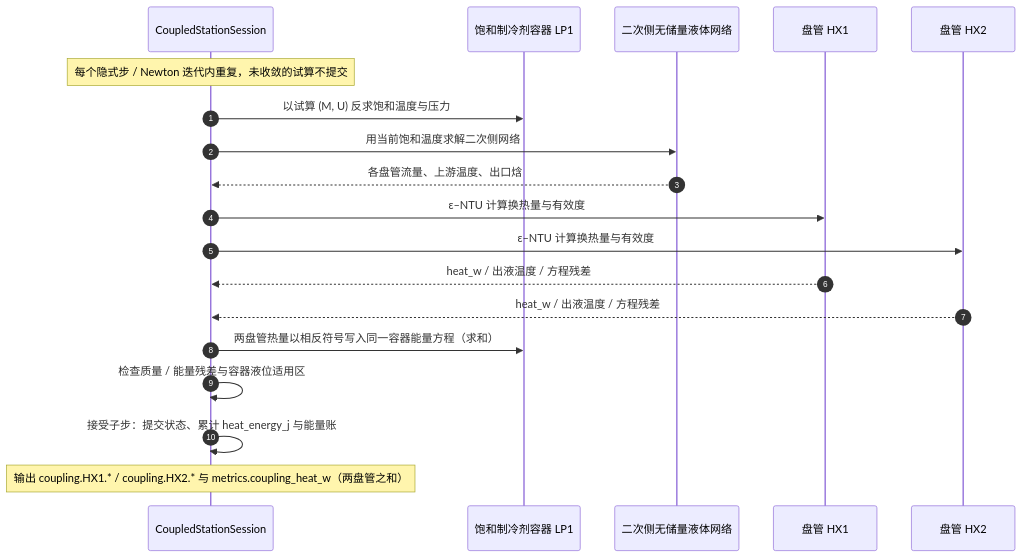
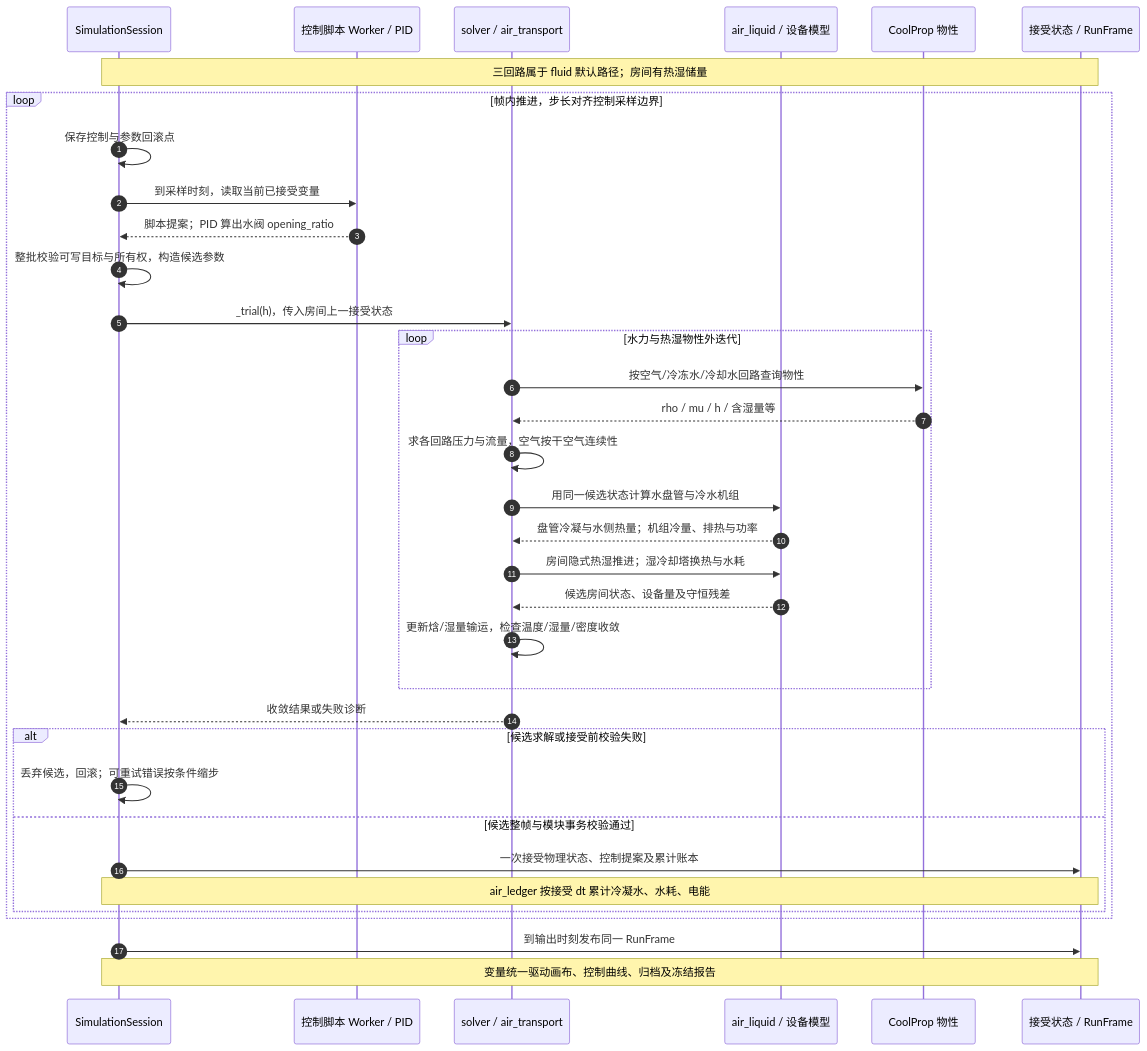
Before and after one commit to kongbaifan/fluidnet: the fifth of 8 diagrams in fluidnet-prototype-engine/docs/ARCHITECTURE_AND_SEQUENCE.md, drawn with Mermaid. The commit also changed other lines of this file and 29 other files, not shown here.

First line of the commit message:
文档：按当前源码重绘架构图与核心时序图

````diff
--- a/fluidnet-prototype-engine/docs/ARCHITECTURE_AND_SEQUENCE.md
+++ b/fluidnet-prototype-engine/docs/ARCHITECTURE_AND_SEQUENCE.md
@@ -187,22 +224,37 @@
 ```mermaid
 sequenceDiagram
   autonumber
-  participant S as CoupledStationSession
-  participant V as 饱和制冷剂容器 LP1
-  participant L as 二次侧无储量液体网络
-  participant C1 as 盘管 HX1
-  participant C2 as 盘管 HX2
-
-  Note over S: 每个隐式步 / Newton 迭代内重复，未收敛的试算不提交
-  S->>V: 以试算 (M, U) 反求饱和温度与压力
-  S->>L: 用当前饱和温度求解二次侧网络
-  L-->>S: 各盘管流量、上游温度、出口焓
-  S->>C1: ε–NTU 计算换热量与有效度
-  S->>C2: ε–NTU 计算换热量与有效度
-  C1-->>S: heat_w / 出液温度 / 方程残差
-  C2-->>S: heat_w / 出液温度 / 方程残差
-  S->>V: 两盘管热量以相反符号写入同一容器能量方程（求和）
-  S->>S: 检查质量 / 能量残差与容器液位适用区
-  S->>S: 接受子步：提交状态、累计 heat_energy_j 与能量账
-  Note over S: 输出 coupling.HX1.* / coupling.HX2.* 与 metrics.coupling_heat_w（两盘管之和）
+  participant S as SimulationSession
+  participant C as 控制脚本 Worker / PID
+  participant H as solver / air_transport
+  participant X as air_liquid / 设备模型
+  participant P as CoolProp 物性
+  participant F as 接受状态 / RunFrame
+  Note over S,F: 三回路属于 fluid 默认路径；房间有热湿储量
+  loop 帧内推进，步长对齐控制采样边界
+    S->>S: 保存控制与参数回滚点
+    S->>C: 到采样时刻，读取当前已接受变量
+    C-->>S: 脚本提案；PID 算出水阀 opening_ratio
+    S->>S: 整批校验可写目标与所有权，构造候选参数
+    S->>H: _trial(h)，传入房间上一接受状态
+    loop 水力与热湿物性外迭代
+      H->>P: 按空气/冷冻水/冷却水回路查询物性
+      P-->>H: rho / mu / h / 含湿量等
+      H->>H: 求各回路压力与流量，空气按干空气连续性
+      H->>X: 用同一候选状态计算水盘管与冷水机组
+      X-->>H: 盘管冷凝与水侧热量；机组冷量、排热与功率
+      H->>X: 房间隐式热湿推进；湿冷却塔换热与水耗
+      X-->>H: 候选房间状态、设备量及守恒残差
+      H->>H: 更新焓/湿量输运，检查温度/湿量/密度收敛
+    end
+    H-->>S: 收敛结果或失败诊断
+    alt 候选求解或接受前校验失败
+      S->>S: 丢弃候选，回滚；可重试错误按条件缩步
+    else 候选整帧与模块事务校验通过
+      S->>F: 一次接受物理状态、控制提案及累计账本
+      Note over S,F: air_ledger 按接受 dt 累计冷凝水、水耗、电能
+    end
+  end
+  S->>F: 到输出时刻发布同一 RunFrame
+  Note over S,F: 变量统一驱动画布、控制曲线、归档及冻结报告
 ```
````
